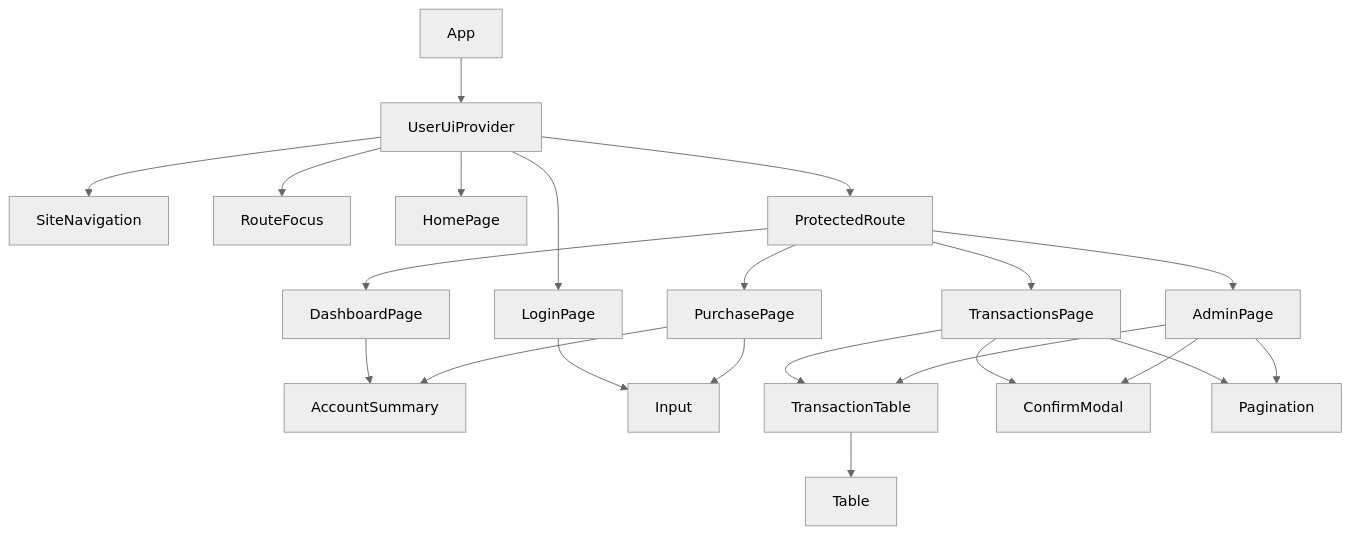
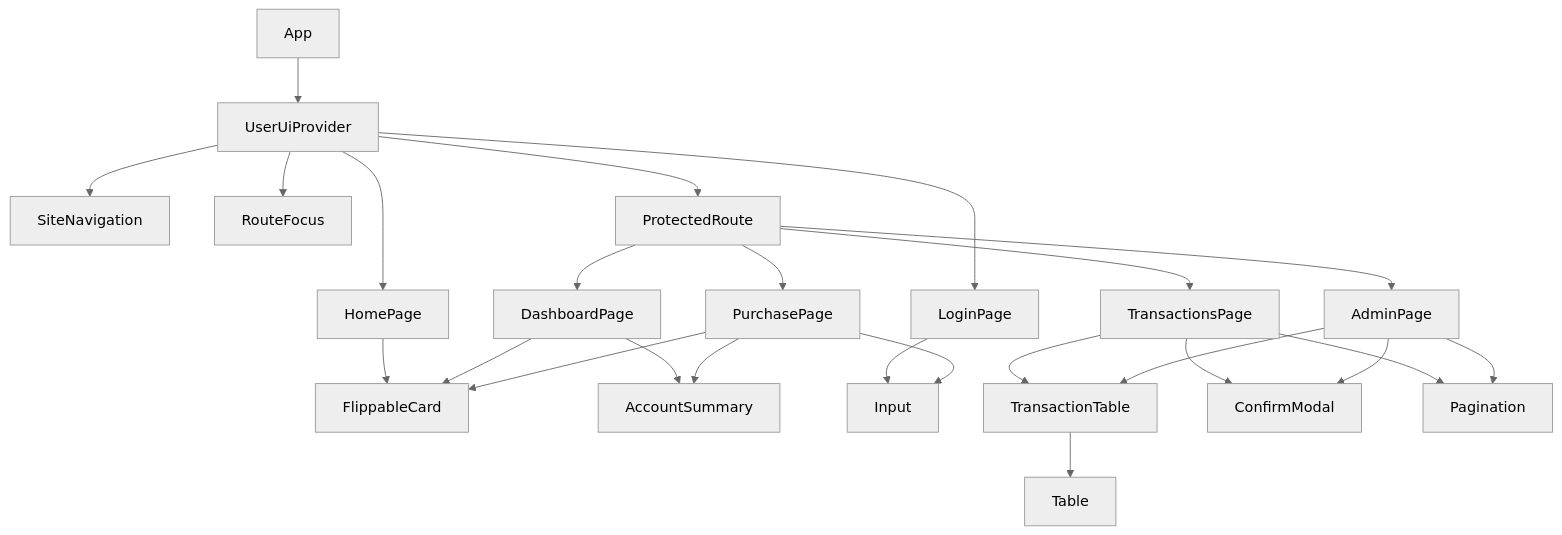
Before and after one commit to marvensj7/card-transaction-simulator: the diagram in outputs/02_Architecture/04_React_Component_Diagram.md, drawn with Mermaid (neutral theme). The commit also changed other lines of this file and 24 other files, not shown here.

Commit message:
Add flippable fictional cards to home and account screens

````diff
--- a/outputs/02_Architecture/04_React_Component_Diagram.md
+++ b/outputs/02_Architecture/04_React_Component_Diagram.md
@@ -3,24 +3,27 @@
 ```mermaid
 flowchart TD
     App --> UserUiProvider
     UserUiProvider --> SiteNavigation
     UserUiProvider --> RouteFocus
     UserUiProvider --> HomePage
     UserUiProvider --> LoginPage
     UserUiProvider --> ProtectedRoute
     ProtectedRoute --> DashboardPage
     ProtectedRoute --> PurchasePage
     ProtectedRoute --> TransactionsPage
     ProtectedRoute --> AdminPage
+    HomePage --> FlippableCard
+    DashboardPage --> FlippableCard
+    PurchasePage --> FlippableCard
     DashboardPage --> AccountSummary
     PurchasePage --> AccountSummary
     LoginPage --> Input
     PurchasePage --> Input
     TransactionsPage --> TransactionTable
     AdminPage --> TransactionTable
     TransactionTable --> Table
     TransactionsPage --> ConfirmModal
     AdminPage --> ConfirmModal
     TransactionsPage --> Pagination
     AdminPage --> Pagination
 ```
````
